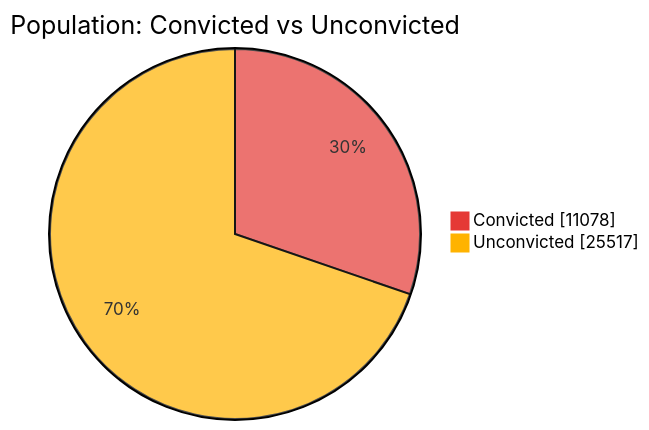
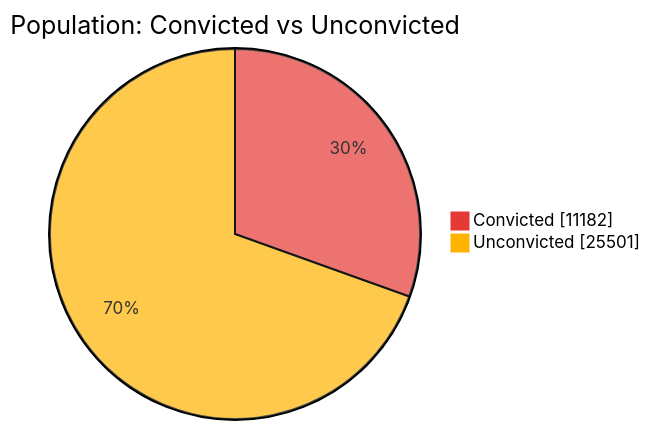
One commit to nuuuwan/lk_prisons changed the first of 7 diagrams in README.md. Above: the diagram before and after it, drawn with Mermaid. The commit also changed other lines of this file and 1 other file, not shown here.

````diff
--- a/README.md
+++ b/README.md
@@ -43,6 +43,6 @@
 ```mermaid
 %%{init: {'themeVariables': {'pie1': '#E53935', 'pie2': '#FFB300'}}}%%
 pie showData title Population: Convicted vs Unconvicted
-    "Convicted" : 11078
-    "Unconvicted" : 25517
+    "Convicted" : 11182
+    "Unconvicted" : 25501
 ```
````
